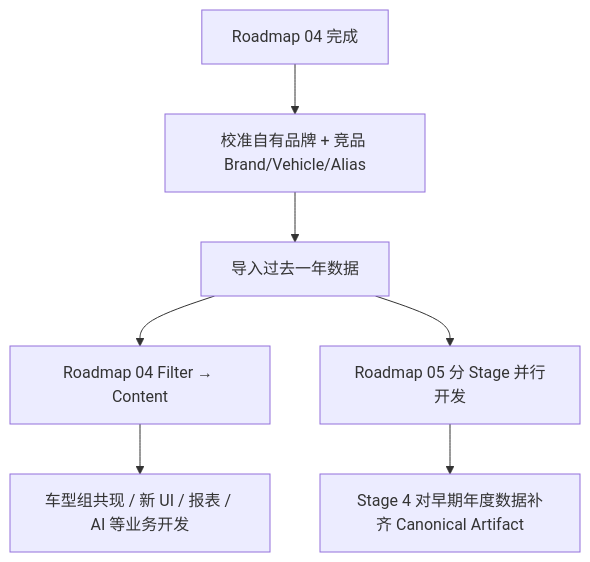
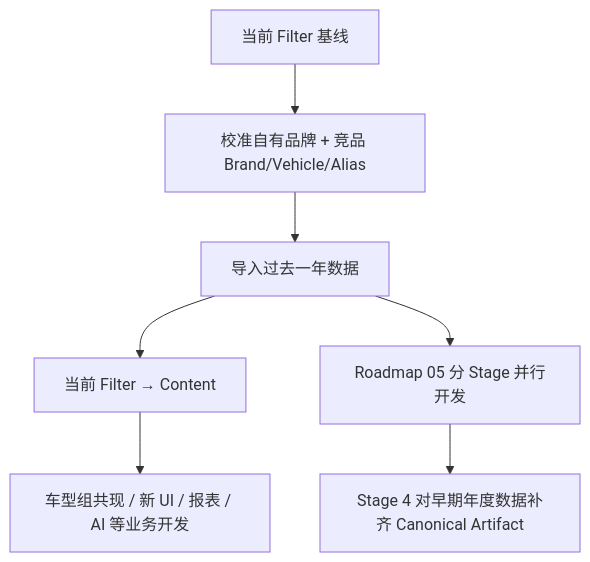
Before and after one commit to dingyuwen777/AIMA_UGC: the second of 3 diagrams in docs/roadmap/05_可重放数据底座与监测重分类实施路线.md, drawn with Mermaid. The commit also changed other lines of this file and 133 other files, not shown here.

````diff
--- a/docs/roadmap/05_可重放数据底座与监测重分类实施路线.md
+++ b/docs/roadmap/05_可重放数据底座与监测重分类实施路线.md
@@ -405,9 +405,9 @@
 ```mermaid
 flowchart TD
-    A[Roadmap 04 完成] --> B[校准自有品牌 + 竞品 Brand/Vehicle/Alias]
+    A[当前 Filter 基线] --> B[校准自有品牌 + 竞品 Brand/Vehicle/Alias]
     B --> C[导入过去一年数据]
-    C --> D[Roadmap 04 Filter → Content]
+    C --> D[当前 Filter → Content]
     D --> E[车型组共现 / 新 UI / 报表 / AI 等业务开发]
     C --> F[Roadmap 05 分 Stage 并行开发]
     F --> G[Stage 4 对早期年度数据补齐 Canonical Artifact]
 ```
````
